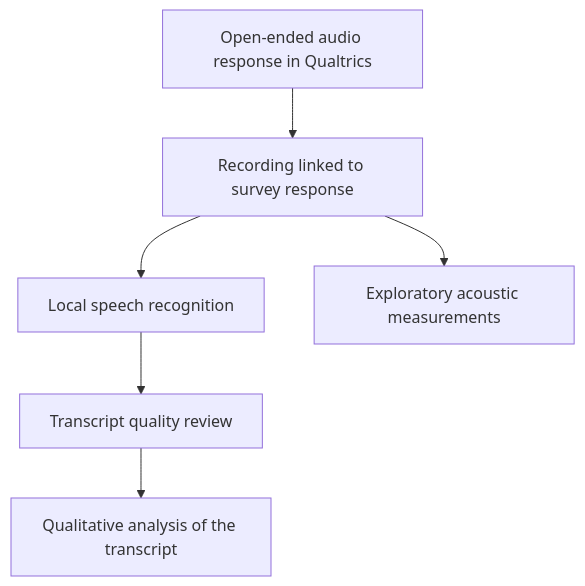
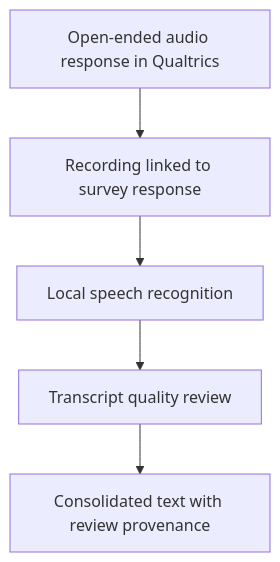
Before and after one commit to lucianamaselli/survey-audio-research-workflow: the diagram in README.md, drawn with Mermaid. The commit also changed other lines of this file, not shown here.

Commit message:
Document completed transcription and initial human review

````diff
--- a/README.md
+++ b/README.md
@@ -5,8 +5,7 @@
 ```mermaid
 flowchart TD
     A["Open-ended audio response in Qualtrics"] --> B["Recording linked to survey response"]
     B --> C["Local speech recognition"]
     C --> D["Transcript quality review"]
-    D --> E["Qualitative analysis of the transcript"]
-    B --> F["Exploratory acoustic measurements"]
+    D --> E["Consolidated text with review provenance"]
 ```
````
